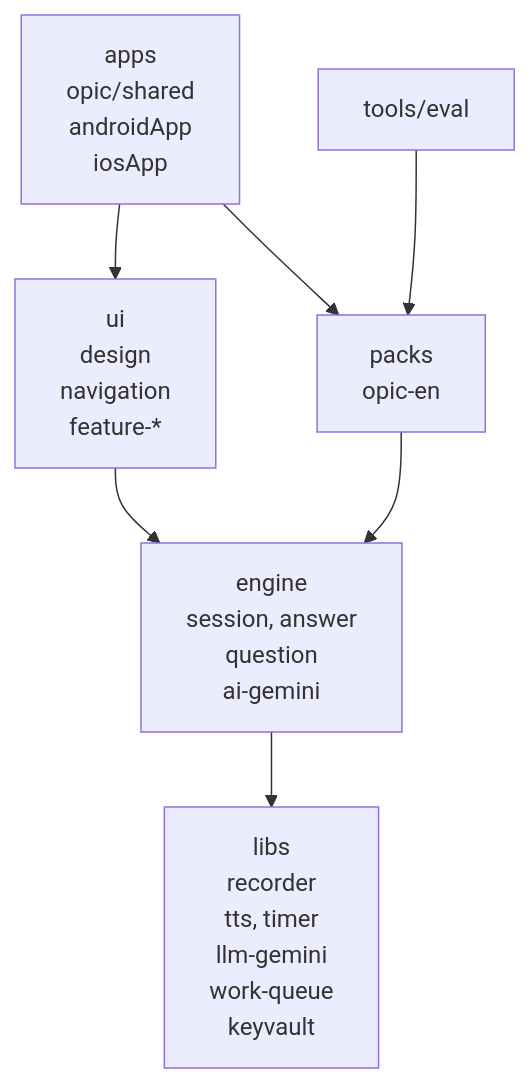
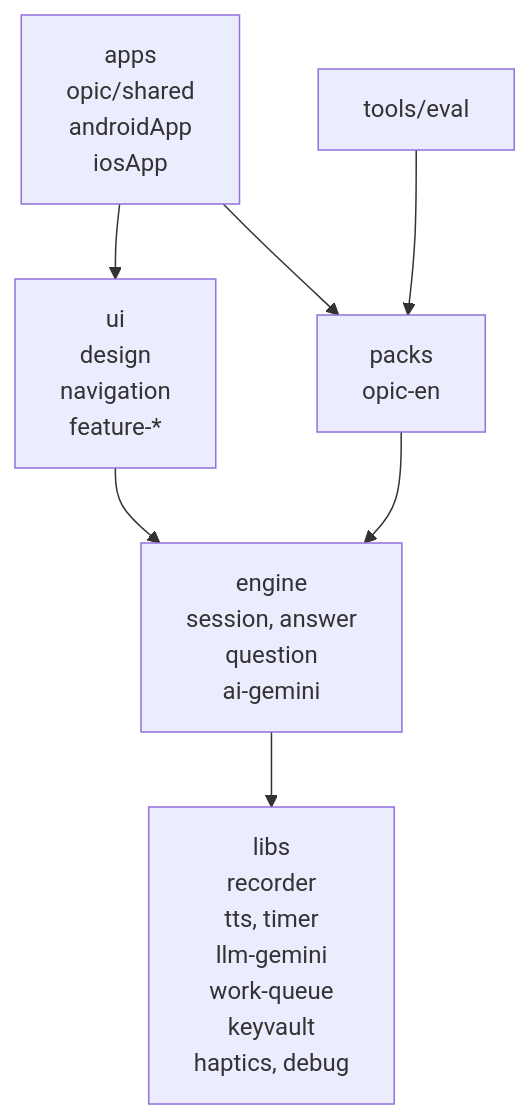
The fourth of 5 diagrams in README.md (nosorae/AiOpicSelfStudy), drawn with Mermaid before and after one commit. The commit also changed other lines of this file and 9 other files, not shown here.

````diff
--- a/README.md
+++ b/README.md
@@ -97,16 +102,16 @@
 ```mermaid
 flowchart TD
     apps["apps<br/>opic/shared<br/>androidApp<br/>iosApp"]
     ui["ui<br/>design<br/>navigation<br/>feature-*"]
     packs["packs<br/>opic-en"]
     engine["engine<br/>session, answer<br/>question<br/>ai-gemini"]
-    libs["libs<br/>recorder<br/>tts, timer<br/>llm-gemini<br/>work-queue<br/>keyvault"]
+    libs["libs<br/>recorder<br/>tts, timer<br/>llm-gemini<br/>work-queue<br/>keyvault<br/>haptics, debug"]
     tools["tools/eval"]
 
     apps --> ui
     apps --> packs
     tools --> packs
     ui --> engine
     packs --> engine
     engine --> libs
 ```
````
